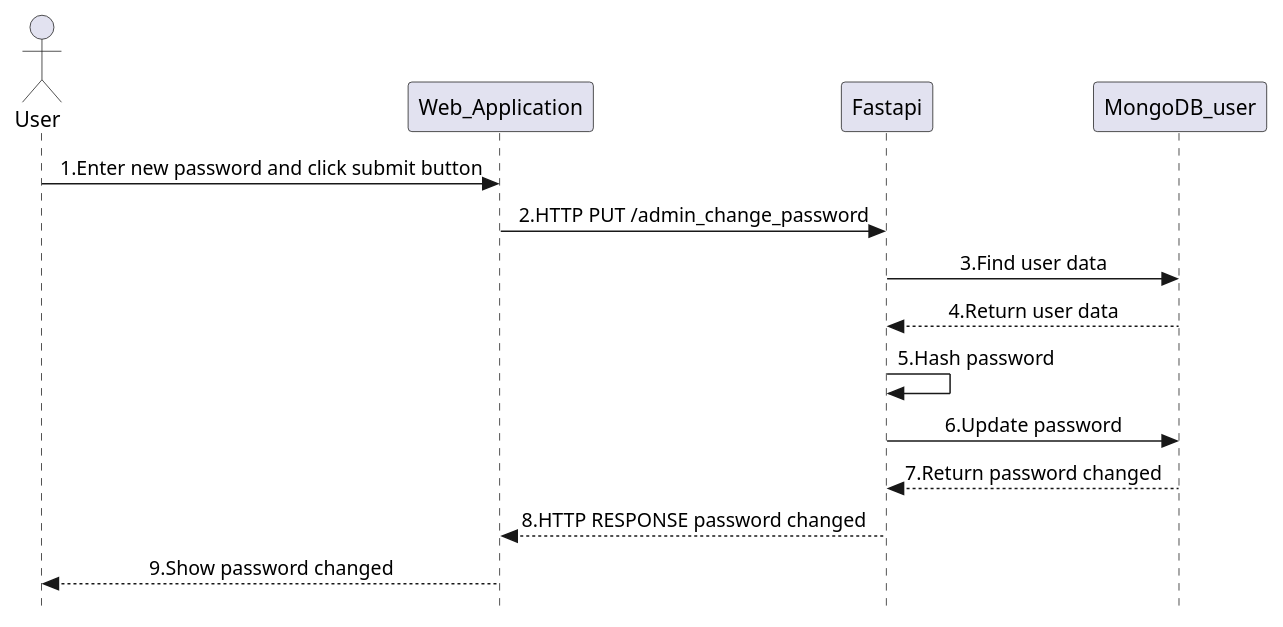
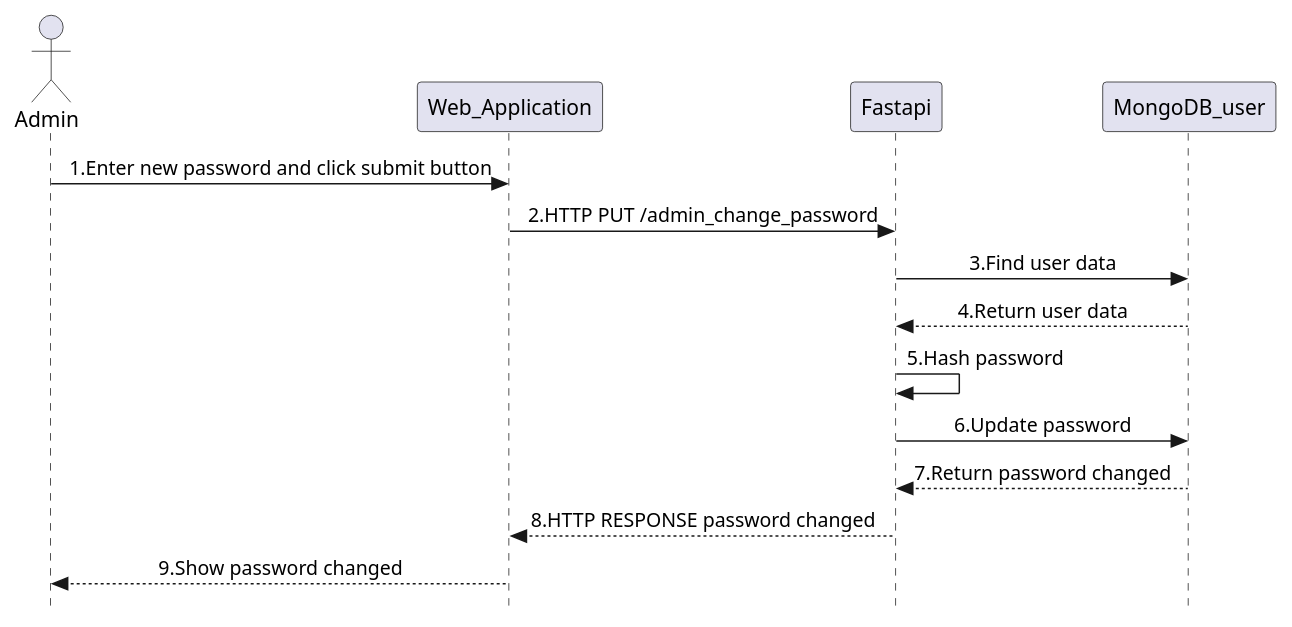
One commit to pasin2545/sequence-diagram changed the diagram in Admin_changePassword.plantuml. Above: the diagram before and after it, drawn with PlantUML. The commit also changed 5 other files, not shown here.

Commit message:
update UML

```diff
--- a/Admin_changePassword.plantuml
+++ b/Admin_changePassword.plantuml
@@ -1,17 +1,17 @@
 @startuml Roof_Surface_changePassword
 skinparam Style strictuml
 skinparam SequenceMessageAlignment center
-actor User as user
+actor Admin as user
 participant Web_Application as web_app
 participant Fastapi as fastapi
 participant MongoDB_user as userdb
 user -> web_app : 1.Enter new password and click submit button
 web_app -> fastapi : 2.HTTP PUT /admin_change_password
 fastapi -> userdb : 3.Find user data
 userdb --> fastapi : 4.Return user data
 fastapi -> fastapi : 5.Hash password
 fastapi -> userdb : 6.Update password
 userdb --> fastapi : 7.Return password changed
 fastapi --> web_app : 8.HTTP RESPONSE password changed
 web_app --> user : 9.Show password changed
 @enduml
```
